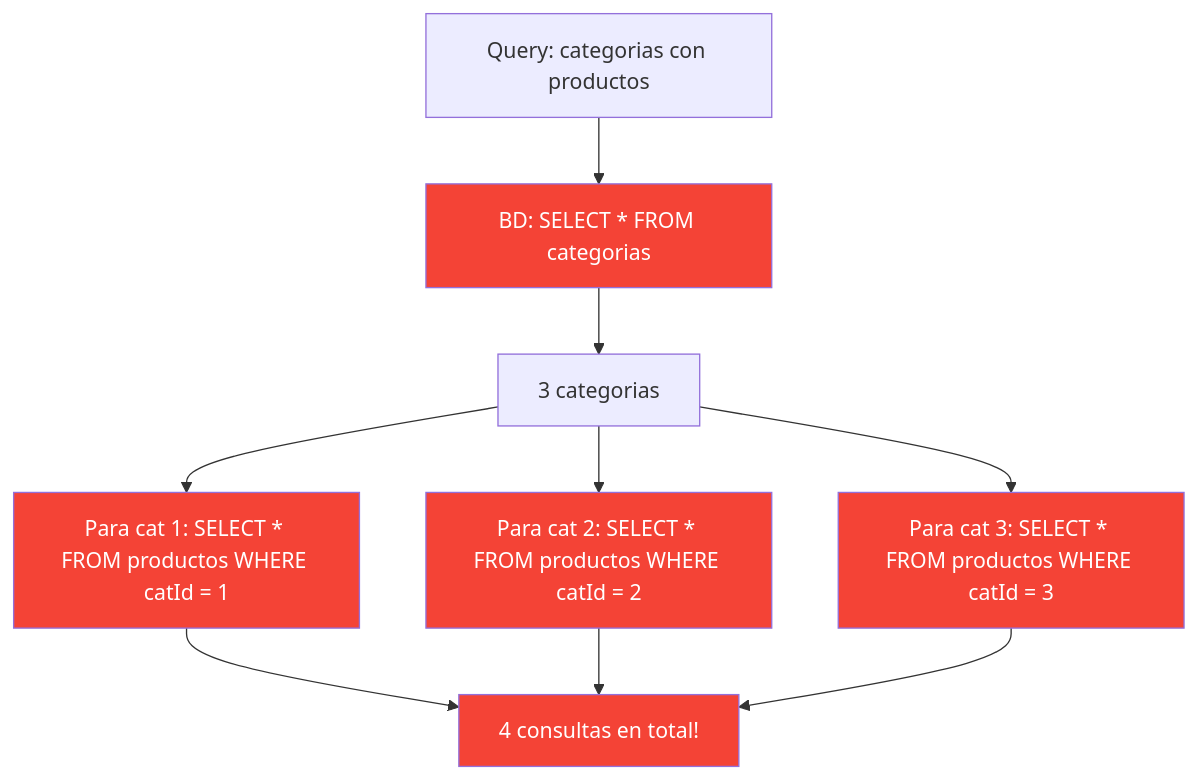
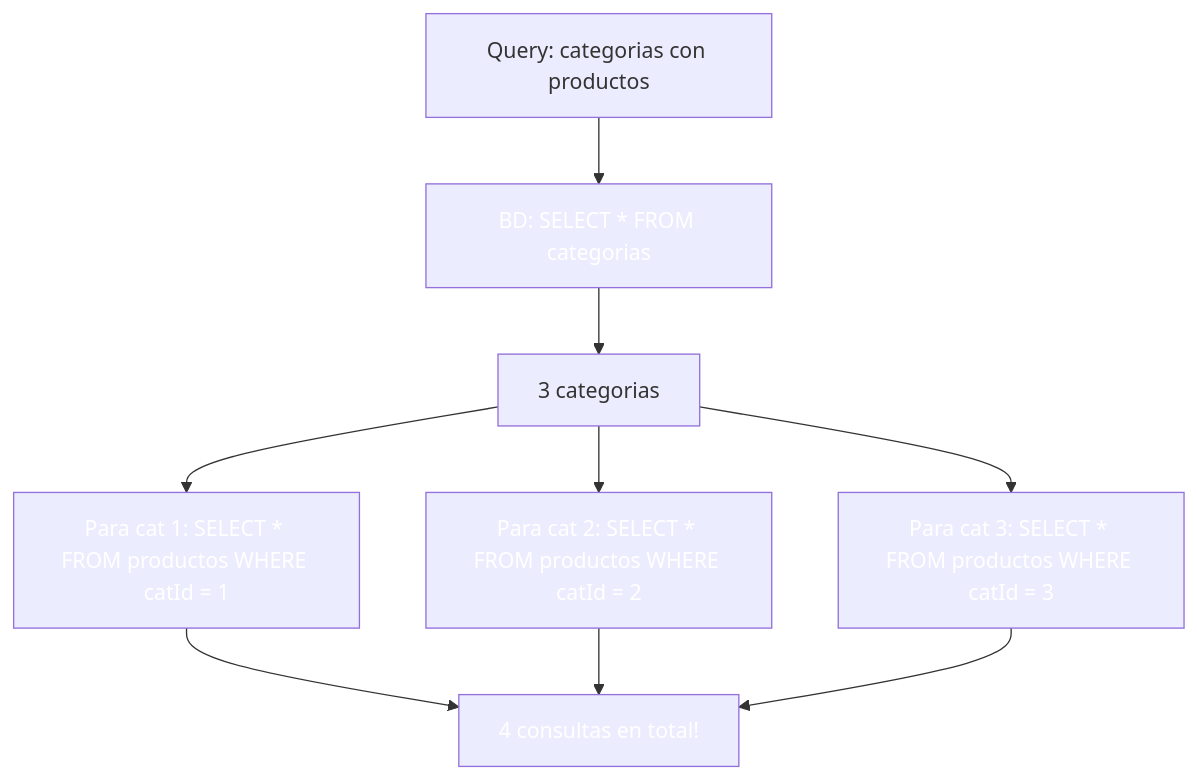
The eighth of 10 diagrams in 19-graphql.md (joseluisgs/DesarrolloWebEntornosServidor-02-2026-2027), drawn with Mermaid before and after one commit. The commit also changed other lines of this file and 41 other files, not shown here.

````diff
--- a/19-graphql.md
+++ b/19-graphql.md
@@ -861,19 +861,19 @@
 ```mermaid
 graph TD
     Q["Query: categorias con productos"] --> S1["BD: SELECT * FROM categorias"]
     S1 --> C["3 categorias"]
 
     C --> D1["Para cat 1: SELECT * FROM productos WHERE catId = 1"]
     C --> D2["Para cat 2: SELECT * FROM productos WHERE catId = 2"]
     C --> D3["Para cat 3: SELECT * FROM productos WHERE catId = 3"]
 
     D1 --> R["4 consultas en total!"]
     D2 --> R
     D3 --> R
 
-    style S1 fill:#f44336,color:#fff
-    style D1 fill:#f44336,color:#fff
-    style D2 fill:#f44336,color:#fff
-    style D3 fill:#f44336,color:#fff
-    style R fill:#f44336,color:#fff
+    style S1 fill:#f4433,color:#fff6,color:#fff
+    style D1 fill:#f4433,color:#fff6,color:#fff
+    style D2 fill:#f4433,color:#fff6,color:#fff
+    style D3 fill:#f4433,color:#fff6,color:#fff
+    style R fill:#f4433,color:#fff6,color:#fff
 ```
````
